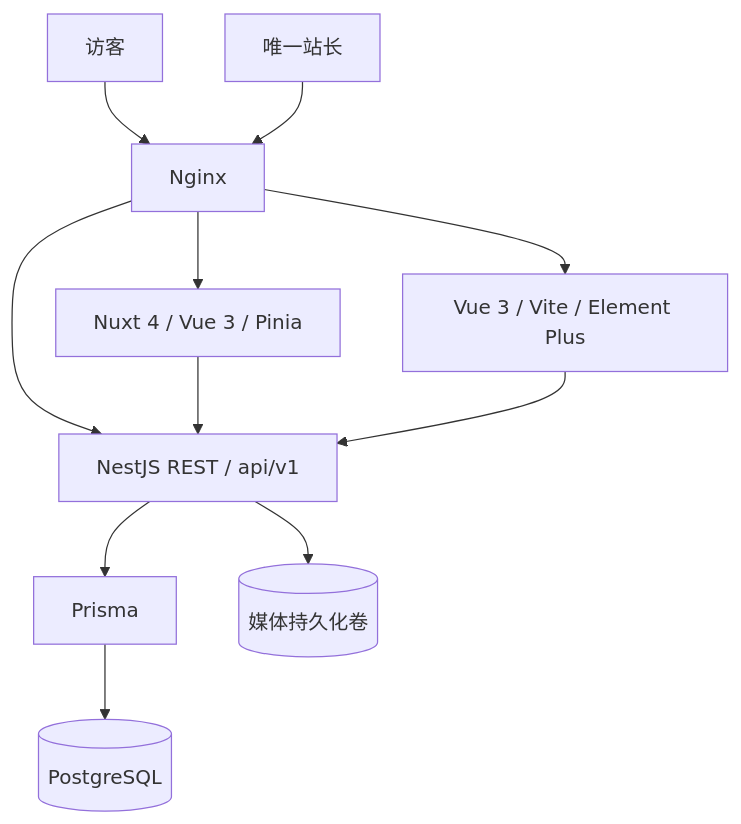
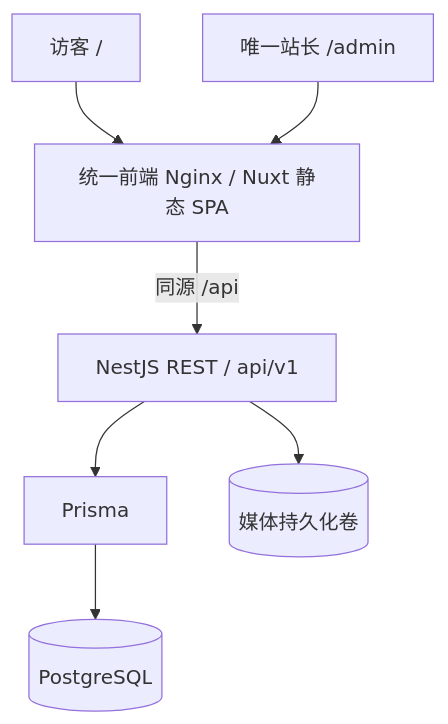
The diagram in docs/architecture.md (ahricool/cool), drawn with Mermaid before and after one commit. The commit also changed other lines of this file and 376 other files, not shown here.

Commit message:
refactor: unify Sakura frontend and simplify single-admin deployment

````diff
--- a/docs/architecture.md
+++ b/docs/architecture.md
@@ -3,13 +3,9 @@
 ```mermaid
 flowchart TB
-  Visitor[访客] --> Proxy[Nginx]
-  Owner[唯一站长] --> Proxy
-  Proxy --> Blog[Nuxt 4 / Vue 3 / Pinia]
-  Proxy --> Admin[Vue 3 / Vite / Element Plus]
-  Proxy --> API[NestJS REST / api/v1]
-  Blog --> API
-  Admin --> API
+  Visitor[访客 /] --> Frontend[统一前端 Nginx / Nuxt 静态 SPA]
+  Owner[唯一站长 /admin] --> Frontend
+  Frontend -->|同源 /api| API[NestJS REST / api/v1]
   API --> Prisma[Prisma]
   Prisma --> DB[(PostgreSQL)]
   API --> Media[(媒体持久化卷)]
 ```
````
